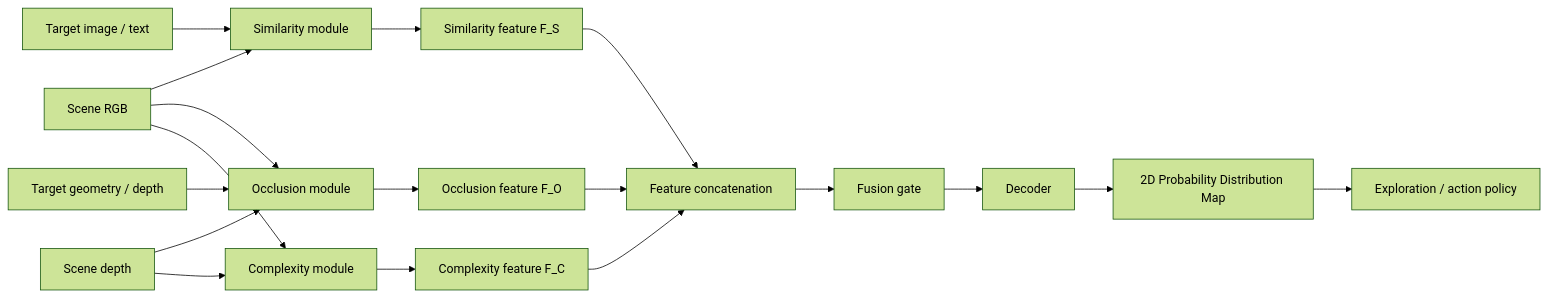
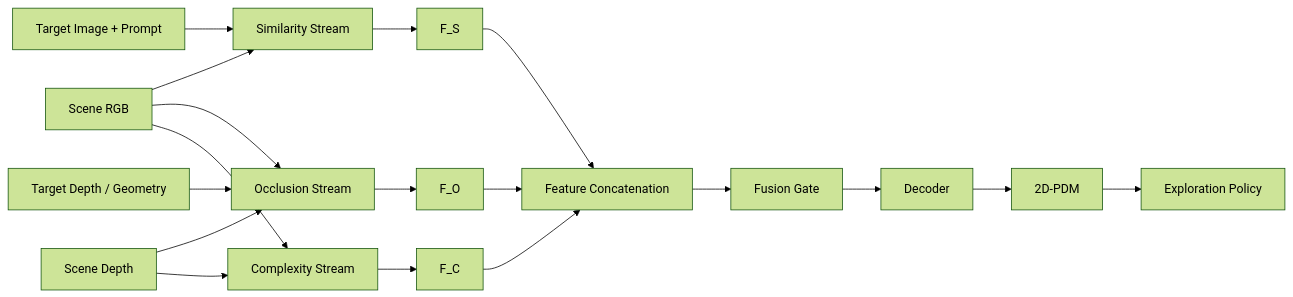
The first of 3 diagrams in README2.md (JeonHaneul/2D-PDM_DINOv3), drawn with Mermaid (forest theme) before and after one commit. The commit also changed other lines of this file, not shown here.

Commit message:
Rewrite README2 for ViT-B similarity pipeline

````diff
--- a/README2.md
+++ b/README2.md
@@ -16,24 +22,24 @@
 ```mermaid
 flowchart LR
-    RGB["Scene RGB"] --> S["Similarity module"]
-    T["Target image / text"] --> S
+    RGB["Scene RGB"] --> S["Similarity Stream"]
+    TARGET["Target Image + Prompt"] --> S
 
-    RGB --> O["Occlusion module"]
-    D["Scene depth"] --> O
-    TD["Target geometry / depth"] --> O
+    RGB --> O["Occlusion Stream"]
+    DEPTH["Scene Depth"] --> O
+    GEOM["Target Depth / Geometry"] --> O
 
-    RGB --> C["Complexity module"]
-    D --> C
+    RGB --> C["Complexity Stream"]
+    DEPTH --> C
 
-    S --> FS["Similarity feature F_S"]
-    O --> FO["Occlusion feature F_O"]
-    C --> FC["Complexity feature F_C"]
+    S --> FS["F_S"]
+    O --> FO["F_O"]
+    C --> FC["F_C"]
 
-    FS --> CAT["Feature concatenation"]
-    FO --> CAT
-    FC --> CAT
-    CAT --> FG["Fusion gate"]
-    FG --> DEC["Decoder"]
-    DEC --> PDM["2D Probability Distribution Map"]
-    PDM --> POLICY["Exploration / action policy"]
+    FS --> CONCAT["Feature Concatenation"]
+    FO --> CONCAT
+    FC --> CONCAT
+    CONCAT --> GATE["Fusion Gate"]
+    GATE --> DECODER["Decoder"]
+    DECODER --> PDM["2D-PDM"]
+    PDM --> POLICY["Exploration Policy"]
 ```
````
